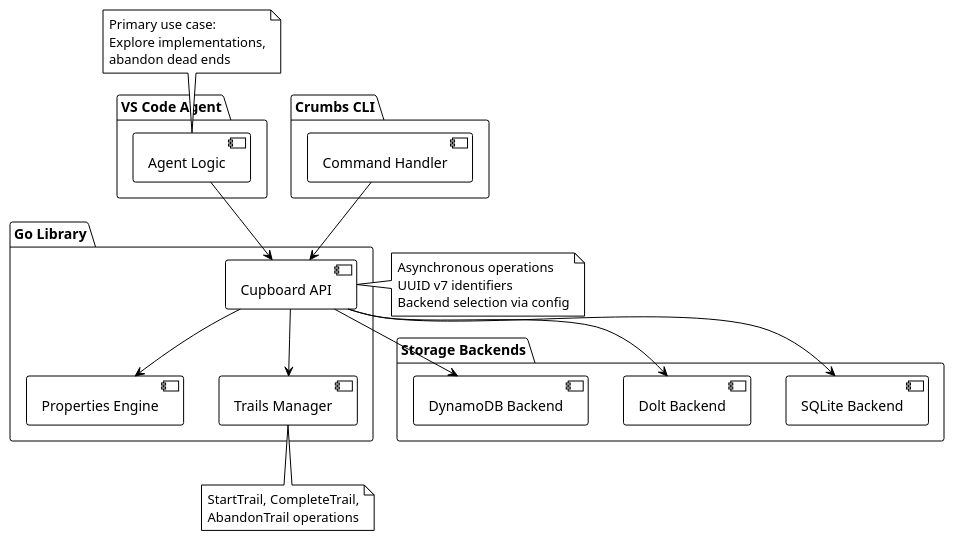
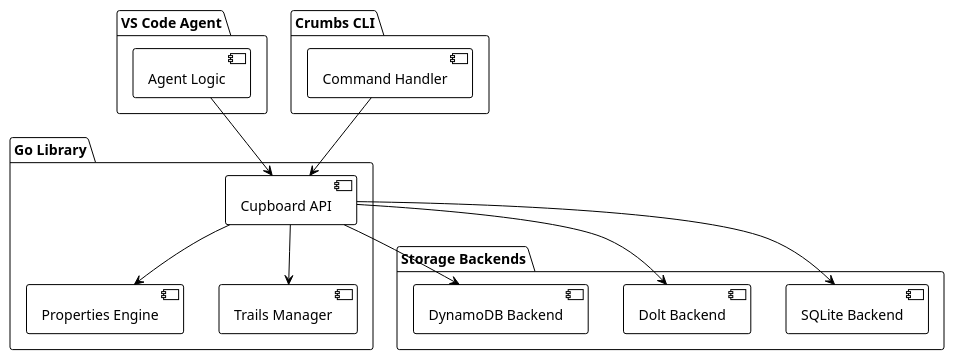
Before and after one commit to mesh-intelligence/crumbs: the diagram in docs/ARCHITECTURE.md, drawn with PlantUML. The commit also changed other lines of this file and 2 other files, not shown here.

````diff
--- a/docs/ARCHITECTURE.md
+++ b/docs/ARCHITECTURE.md
@@ -13,52 +9,35 @@
 ```plantuml
 @startuml
 !theme plain
 skinparam backgroundColor white
 
 package "VS Code Agent" {
   [Agent Logic]
 }
 
 package "Crumbs CLI" {
   [Command Handler]
 }
 
 package "Go Library" {
   [Cupboard API]
   [Properties Engine]
   [Trails Manager]
 }
 
 package "Storage Backends" {
   [SQLite Backend]
   [Dolt Backend]
   [DynamoDB Backend]
 }
 
 [Agent Logic] --> [Cupboard API]
 [Command Handler] --> [Cupboard API]
 [Cupboard API] --> [Properties Engine]
 [Cupboard API] --> [Trails Manager]
 [Cupboard API] --> [SQLite Backend]
 [Cupboard API] --> [Dolt Backend]
 [Cupboard API] --> [DynamoDB Backend]
 
-note right of [Cupboard API]
-  Asynchronous operations
-  UUID v7 identifiers
-  Backend selection via config
-end note
-
-note bottom of [Trails Manager]
-  StartTrail, CompleteTrail,
-  AbandonTrail operations
-end note
-
-note top of [Agent Logic]
-  Primary use case:
-  Explore implementations,
-  abandon dead ends
-end note
-
 @enduml
 ```
````
